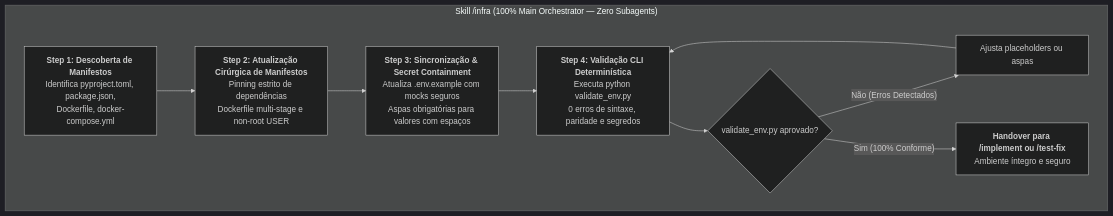
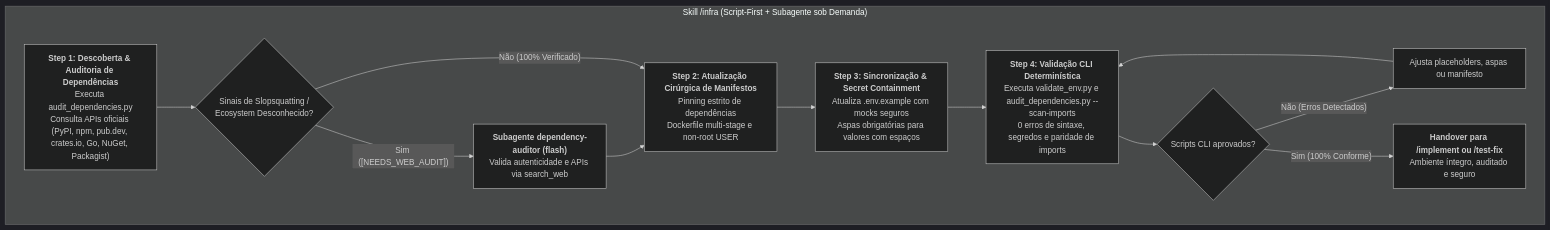
Before and after one commit to MarcosVeniciu/antigravity-agentic-skills: the diagram in doc/infra/README.md, drawn with Mermaid (dark theme). The commit also changed other lines of this file and 6 other files, not shown here.

Commit message:
feat(infra): add multi-ecosystem dependency auditor and anti-slopsquatting subagent

````diff
--- a/doc/infra/README.md
+++ b/doc/infra/README.md
@@ -30,20 +28,25 @@
 ```mermaid
 flowchart TD
-    subgraph InfraPipeline["Skill /infra (100% Main Orchestrator — Zero Subagents)"]
-        S1["<b>Step 1: Descoberta de Manifestos</b><br/>Identifica pyproject.toml, package.json,<br/>Dockerfile, docker-compose.yml"]
+    subgraph InfraPipeline["Skill /infra (Script-First + Subagente sob Demanda)"]
+        S1["<b>Step 1: Descoberta & Auditoria de Dependências</b><br/>Executa audit_dependencies.py<br/>Consulta APIs oficiais (PyPI, npm, pub.dev, crates.io, Go, NuGet, Packagist)"]
+        Risk{"Sinais de Slopsquatting /<br/>Ecosystem Desconhecido?"}
+        Auditor["<b>Subagente dependency-auditor (flash)</b><br/>Valida autenticidade e APIs via search_web"]
         S2["<b>Step 2: Atualização Cirúrgica de Manifestos</b><br/>Pinning estrito de dependências<br/>Dockerfile multi-stage e non-root USER"]
         S3["<b>Step 3: Sincronização & Secret Containment</b><br/>Atualiza .env.example com mocks seguros<br/>Aspas obrigatórias para valores com espaços"]
-        S4["<b>Step 4: Validação CLI Determinística</b><br/>Executa python validate_env.py<br/>0 erros de sintaxe, paridade e segredos"]
-        Gate{"validate_env.py aprovado?"}
-        Fix["Ajusta placeholders ou aspas"]
-        Handover["<b>Handover para /implement ou /test-fix</b><br/>Ambiente íntegro e seguro"]
+        S4["<b>Step 4: Validação CLI Determinística</b><br/>Executa validate_env.py e audit_dependencies.py --scan-imports<br/>0 erros de sintaxe, segredos e paridade de imports"]
+        Gate{"Scripts CLI aprovados?"}
+        Fix["Ajusta placeholders, aspas ou manifesto"]
+        Handover["<b>Handover para /implement ou /test-fix</b><br/>Ambiente íntegro, auditado e seguro"]
     end
 
-    S1 --> S2
+    S1 --> Risk
+    Risk -->|"Sim ([NEEDS_WEB_AUDIT])"| Auditor
+    Auditor --> S2
+    Risk -->|"Não (100% Verificado)"| S2
     S2 --> S3
     S3 --> S4
     S4 --> Gate
     Gate -->|"Não (Erros Detectados)"| Fix
     Fix --> S4
     Gate -->|"Sim (100% Conforme)"| Handover
 ```
````
